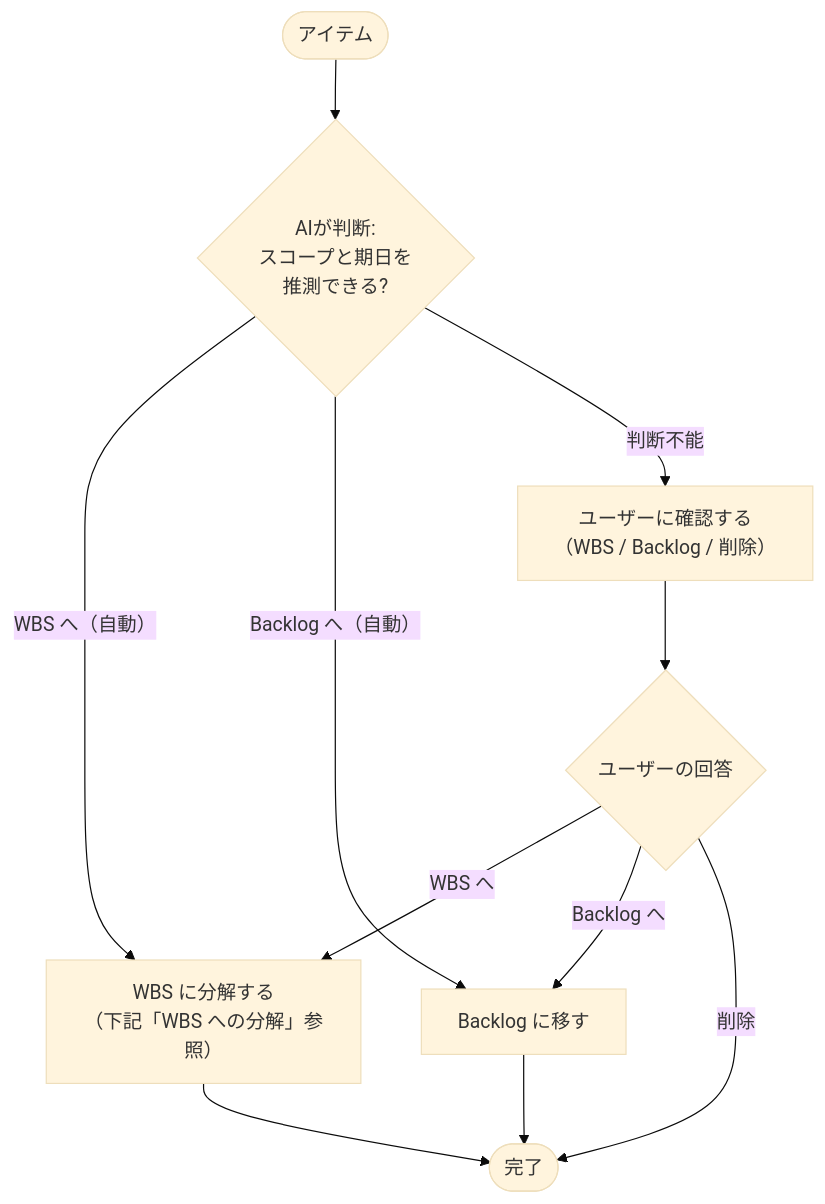
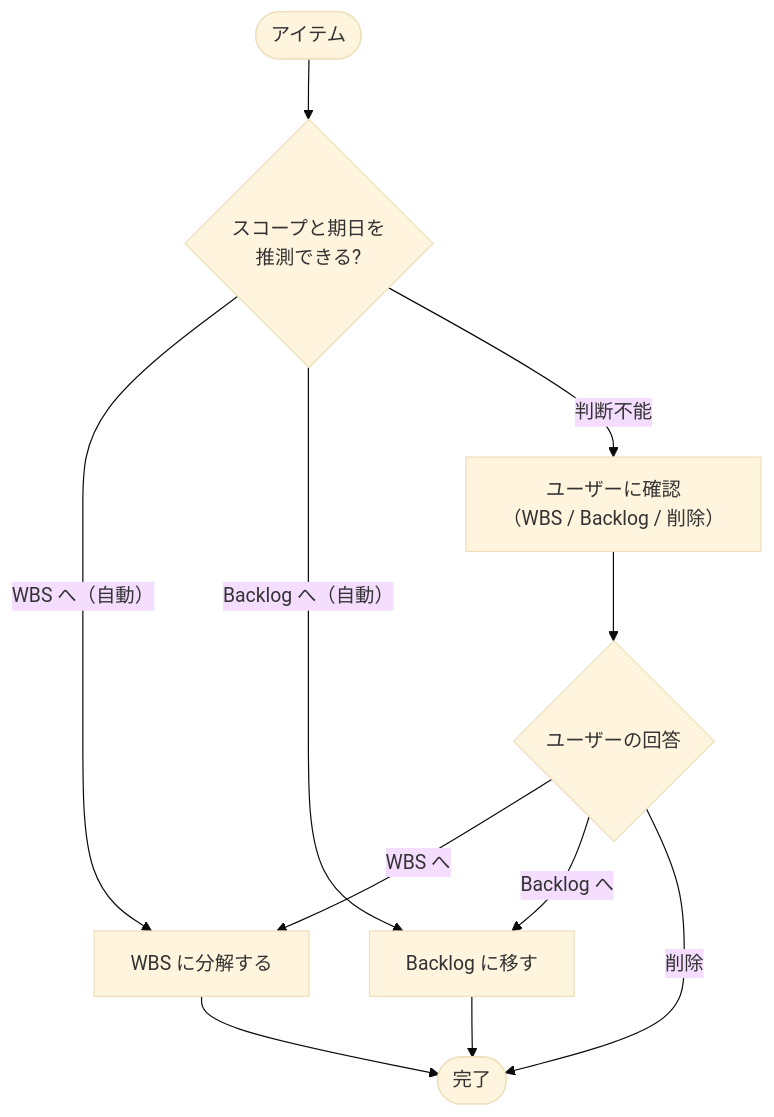
Before and after one commit to yasuhiro112358/ai-agent-toolkit: the second of 3 diagrams in prompts/task-streamliner/docs/explanation/inbox-processing.md, drawn with Mermaid (base theme). The commit also changed other lines of this file and 3 other files, not shown here.

First line of the commit message:
docs(task-streamliner): shorten diagram node labels across all process pages

````diff
--- a/prompts/task-streamliner/docs/explanation/inbox-processing.md
+++ b/prompts/task-streamliner/docs/explanation/inbox-processing.md
@@ -25,16 +27,16 @@
 ```mermaid
 flowchart TD
     S([アイテム])
     E([完了])
 
-    S --> AutoClassify{AIが判断:\nスコープと期日を\n推測できる?}
-    AutoClassify -- "WBS へ（自動）" --> WBSProcess["WBS に分解する\n（下記「WBS への分解」参照）"]
+    S --> AutoClassify{スコープと期日を\n推測できる?}
+    AutoClassify -- "WBS へ（自動）" --> WBSProcess["WBS に分解する"]
     AutoClassify -- "Backlog へ（自動）" --> ToBacklog["Backlog に移す"]
-    AutoClassify -- "判断不能" --> AskUser["ユーザーに確認する\n（WBS / Backlog / 削除）"]
+    AutoClassify -- "判断不能" --> AskUser["ユーザーに確認\n（WBS / Backlog / 削除）"]
     AskUser --> UserDecision{ユーザーの回答}
     UserDecision -- "WBS へ" --> WBSProcess
     UserDecision -- "Backlog へ" --> ToBacklog
     UserDecision -- "削除" --> E
     WBSProcess --> E
     ToBacklog --> E
 ```
````
